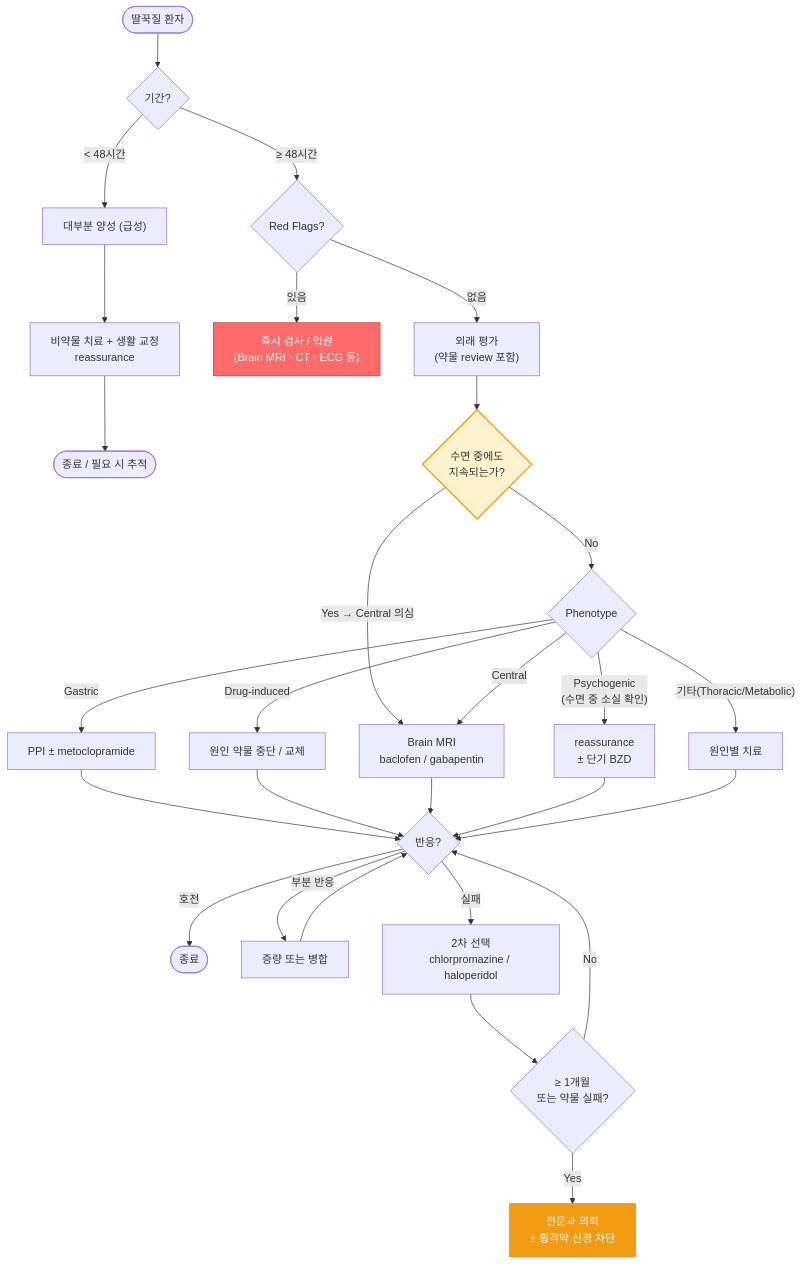
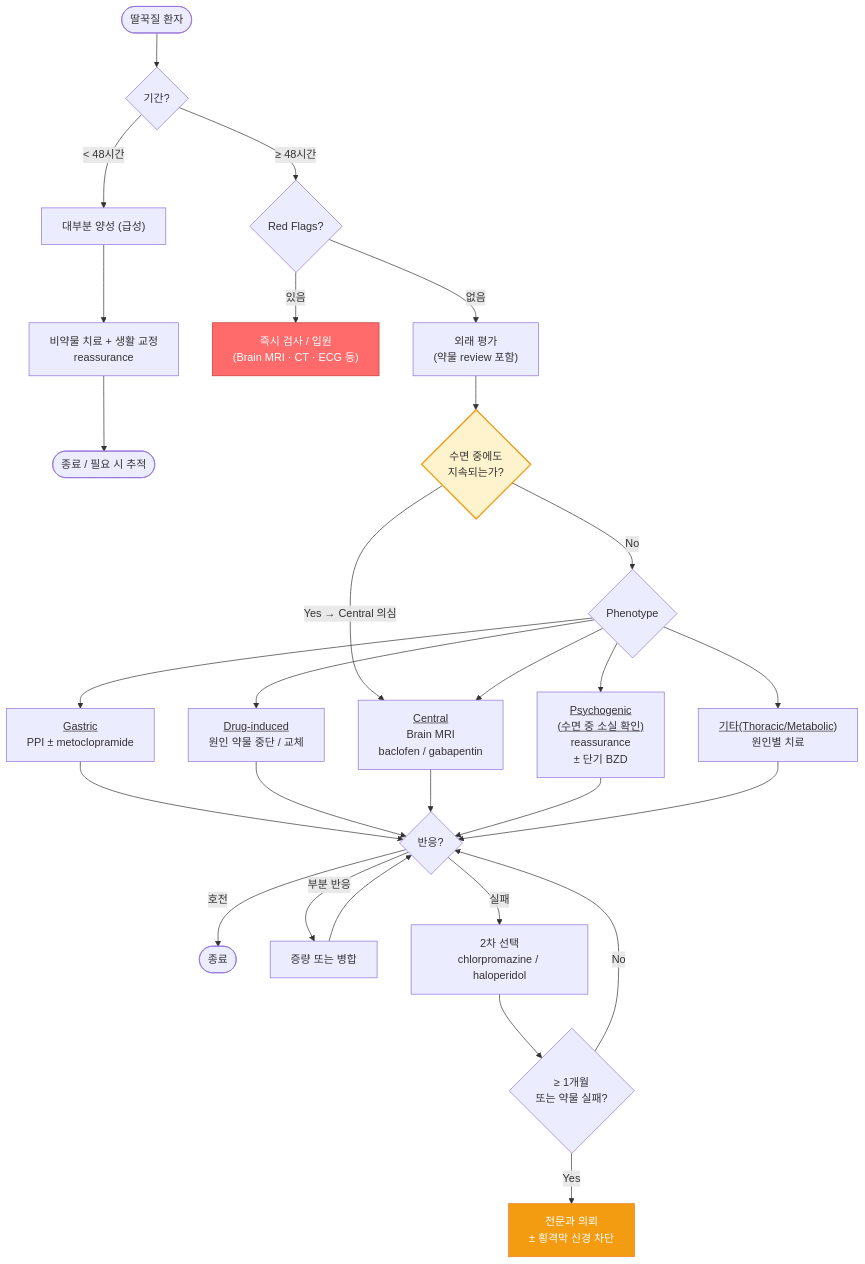
One commit to familyoh77/familyoh77 changed the diagram in 220_/010_-hiccups-singultus.md. Above: the diagram before and after it, drawn with Mermaid. The commit also changed other lines of this file, not shown here.

````diff
--- a/220_/010_-hiccups-singultus.md
+++ b/220_/010_-hiccups-singultus.md
@@ -96,29 +92,29 @@
 ```mermaid
 graph TD
     A([딸꾹질 환자]) --> B{기간?}
     B -->|"< 48시간"| C["대부분 양성 (급성)"]
     C --> D["비약물 치료 + 생활 교정<br/> reassurance"]
     D --> E([종료 / 필요 시 추적])
     B -->|"≥ 48시간"| F{Red Flags?}
     F -->|있음| G["즉시 검사 / 입원<br/>(Brain MRI · CT · ECG 등)"]
     F -->|없음| H["외래 평가<br/>(약물 review 포함)"]
     H --> SLEEP{"수면 중에도<br/>지속되는가?"}
-    SLEEP -->|"Yes → Central 의심"| N["Brain MRI<br/>baclofen / gabapentin"]
+    SLEEP -->|"Yes → Central 의심"| N["<u>Central</u><br/>Brain MRI<br/>baclofen / gabapentin"]
     SLEEP -->|No| K{Phenotype}
-    K -->|Gastric| L["PPI ± metoclopramide"]
-    K -->|"Drug-induced"| M["원인 약물 중단 / 교체"]
-    K -->|Central| N
-    K -->|"Psychogenic<br/>(수면 중 소실 확인)"| O["reassurance<br/>± 단기 BZD"]
-    K -->|"기타(Thoracic/Metabolic)"| P["원인별 치료"]
+    K --> L["<u>Gastric</u><br/>PPI ± metoclopramide"]
+    K --> M["<u>Drug-induced</u><br/>원인 약물 중단 / 교체"]
+    K --> N
+    K --> O["<u>Psychogenic<br/>(수면 중 소실 확인)</u><br/>reassurance<br/>± 단기 BZD"]
+    K --> P["<u>기타(Thoracic/Metabolic)</u><br/>원인별 치료"]
     L & M & N & O & P --> Q{"반응?"}
     Q -->|호전| R([종료])
     Q -->|"부분 반응"| S["증량 또는 병합"]
     S --> Q
     Q -->|실패| T["2차 선택<br/>chlorpromazine / haloperidol"]
     T --> U{"≥ 1개월<br/>또는 약물 실패?"}
     U -->|Yes| V["전문과 의뢰<br/>± 횡격막 신경 차단"]
     U -->|No| Q
     style G fill:#ff6b6b,stroke:#c0392b,color:#fff
     style SLEEP fill:#fff3cd,stroke:#f39c12,stroke-width:2px
     style V fill:#f39c12,stroke:#e67e22,color:#fff
 ```
````
